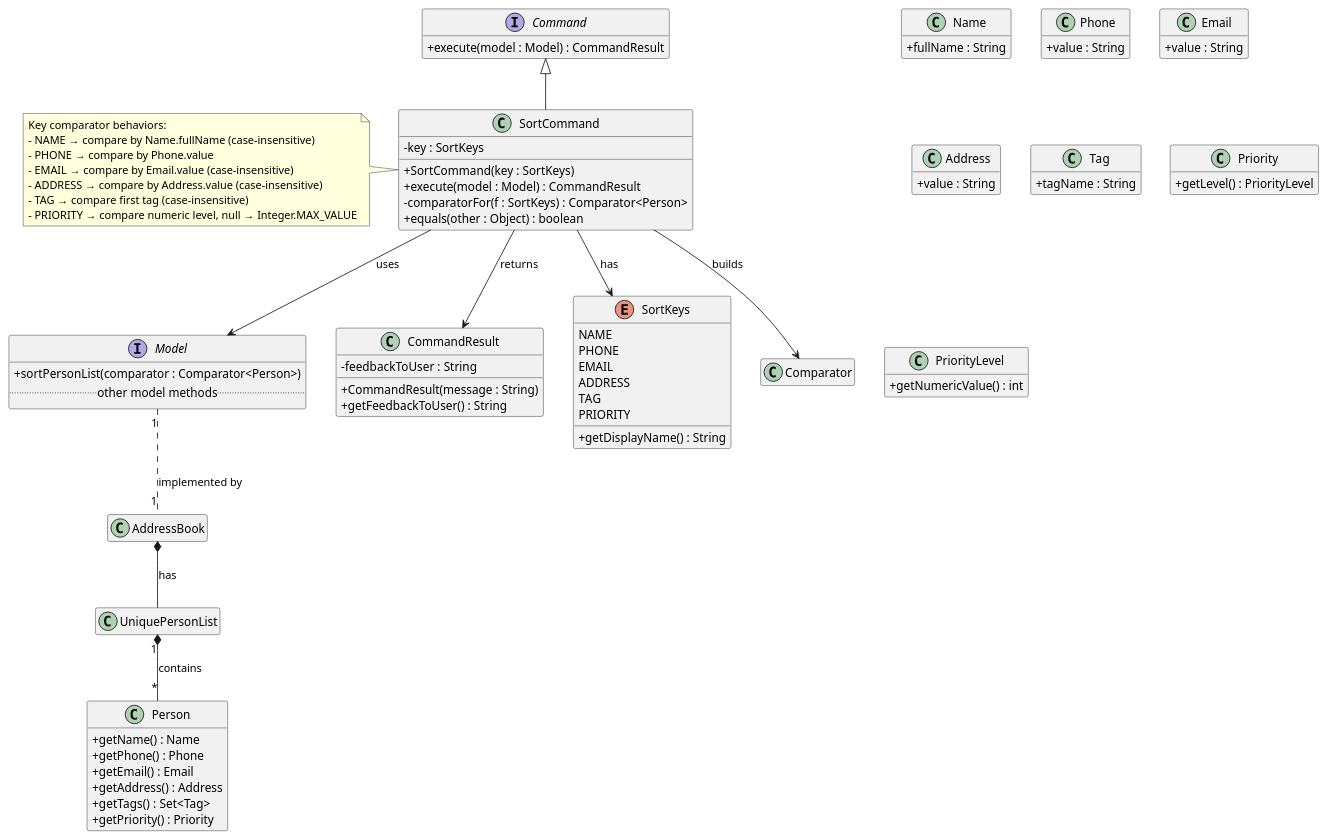
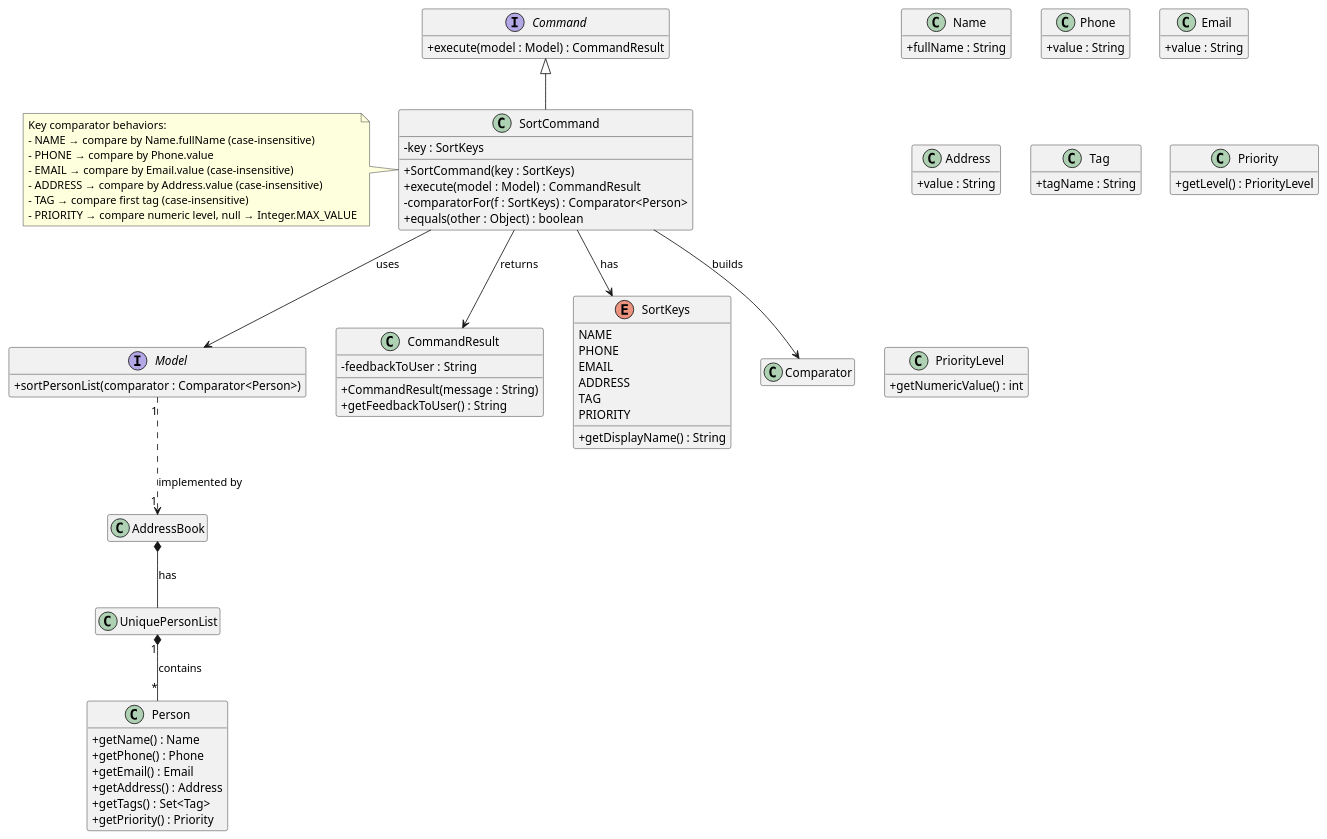
Before and after one commit to AY2526S1-CS2103T-W09-4/tp: the diagram in docs/diagrams/SortCommandClassDiagram.puml, drawn with PlantUML.

```diff
--- a/docs/diagrams/SortCommandClassDiagram.puml
+++ b/docs/diagrams/SortCommandClassDiagram.puml
@@ -1,96 +1,95 @@
 @startuml
-' Class diagram for SortCommand (clean syntax)
+' Class diagram for SortCommand
 skinparam classAttributeIconSize 0
 hide empty members
 
 interface Command {
   + execute(model : Model) : CommandResult
 }
 
 class SortCommand {
   - key : SortKeys
   + SortCommand(key : SortKeys)
   + execute(model : Model) : CommandResult
   - comparatorFor(f : SortKeys) : Comparator<Person>
   + equals(other : Object) : boolean
 }
 
 interface Model {
   + sortPersonList(comparator : Comparator<Person>)
-  .. other model methods ..
 }
 
 class CommandResult {
   - feedbackToUser : String
   + CommandResult(message : String)
   + getFeedbackToUser() : String
 }
 
 enum SortKeys {
   NAME
   PHONE
   EMAIL
   ADDRESS
   TAG
   PRIORITY
   + getDisplayName() : String
 }
 
 class Person {
   + getName() : Name
   + getPhone() : Phone
   + getEmail() : Email
   + getAddress() : Address
   + getTags() : Set<Tag>
   + getPriority() : Priority
 }
 
 class Name {
   + fullName : String
 }
 
 class Phone {
   + value : String
 }
 
 class Email {
   + value : String
 }
 
 class Address {
   + value : String
 }
 
 class Tag {
   + tagName : String
 }
 
 class Priority {
   + getLevel() : PriorityLevel
 }
 
 class PriorityLevel {
   + getNumericValue() : int
 }
 
 ' Relationships
 Command <|-- SortCommand
 SortCommand --> Model : uses
 SortCommand --> SortKeys : has
 SortCommand --> Comparator : builds
 SortCommand --> CommandResult : returns
-Model "1" .. "1" AddressBook : implemented by
+Model "1" ..> "1" AddressBook : implemented by
 AddressBook *-- UniquePersonList : has
 UniquePersonList "1" *-- "*" Person : contains
 
 note left of SortCommand
 Key comparator behaviors:
 - NAME → compare by Name.fullName (case-insensitive)
 - PHONE → compare by Phone.value
 - EMAIL → compare by Email.value (case-insensitive)
 - ADDRESS → compare by Address.value (case-insensitive)
 - TAG → compare first tag (case-insensitive)
 - PRIORITY → compare numeric level, null → Integer.MAX_VALUE
 end note
 
 @enduml
```
